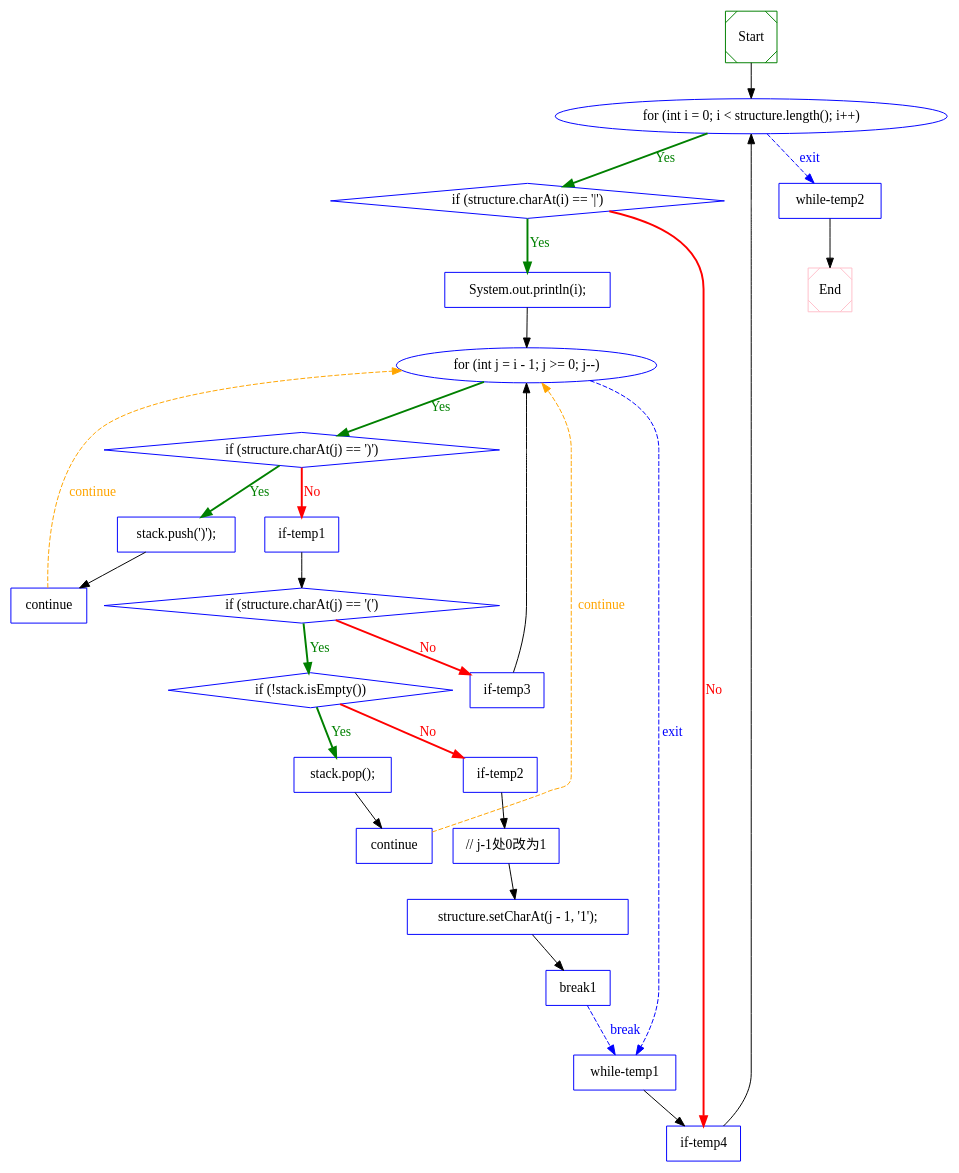
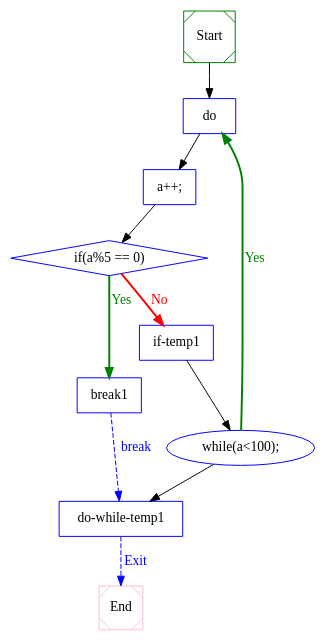
The diagram in out/test.dot (Naplues/Static-Analysis), drawn with Graphviz before and after one commit. The commit also changed 20 other files, not shown here.

Commit message:
添加图片类型 Signed-off-by: naplues <naplues@163.com>

```diff
--- a/out/test.dot
+++ b/out/test.dot
@@ -1,73 +1,30 @@
 digraph CFG {
  1  [shape = Msquare, color = green, label = "Start", ]
- 2  [shape = ellipse, color = blue, label = "for (int i = 0; i < structure.length(); i++)", ]
- 3  [shape = diamond, color = blue, label = "if (structure.charAt(i) == '|')", ]
- 4  [shape = box, color = blue, label = "System.out.println(i);", ]
- 5  [shape = ellipse, color = blue, label = "for (int j = i - 1; j >= 0; j--)", ]
- 6  [shape = diamond, color = blue, label = "if (structure.charAt(j) == ')')", ]
- 7  [shape = box, color = blue, label = "stack.push(')');", ]
- 8  [shape = box, color = blue, label = "continue", ]
- 9  [shape = box, color = blue, label = "if-temp1", ]
- 10  [shape = diamond, color = blue, label = "if (structure.charAt(j) == '(')", ]
- 11  [shape = diamond, color = blue, label = "if (!stack.isEmpty())", ]
- 12  [shape = box, color = blue, label = "stack.pop();", ]
- 13  [shape = box, color = blue, label = "continue", ]
- 14  [shape = box, color = blue, label = "if-temp2", ]
- 15  [shape = box, color = blue, label = "// j-1处0改为1", ]
- 16  [shape = box, color = blue, label = "structure.setCharAt(j - 1, '1');", ]
- 17  [shape = box, color = blue, label = "break1", ]
- 18  [shape = box, color = blue, label = "if-temp3", ]
- 19  [shape = box, color = blue, label = "while-temp1", ]
- 20  [shape = box, color = blue, label = "if-temp4", ]
- 21  [shape = box, color = blue, label = "while-temp2", ]
- 22  [shape = Msquare, color = pink, label = "End", ]
+ 2  [shape = box, color = blue, label = "do", ]
+ 3  [shape = box, color = blue, label = "a++;", ]
+ 4  [shape = diamond, color = blue, label = "if(a%5 == 0)", ]
+ 5  [shape = box, color = blue, label = "break1", ]
+ 6  [shape = box, color = blue, label = "if-temp1", ]
+ 7  [shape = ellipse, color = blue, label = "while(a<100);", ]
+ 8  [shape = box, color = blue, label = "do-while-temp1", ]
+ 9  [shape = Msquare, color = pink, label = "End", ]
  1  ->  2  [style = solid, label="", fillcolor = black, color = black, fontcolor = black]
 
- 2  ->  21  [style = dashed, label="exit", fillcolor = blue, color = blue, fontcolor = blue]
- 2  ->  3  [style = bold, label="Yes", fillcolor = green, color = green, fontcolor = green]
+ 2  ->  3  [style = solid, label="", fillcolor = black, color = black, fontcolor = black]
 
- 3  ->  20  [style = bold, label="No", fillcolor = red, color = red, fontcolor = red]
- 3  ->  4  [style = bold, label="Yes", fillcolor = green, color = green, fontcolor = green]
+ 3  ->  4  [style = solid, label="", fillcolor = black, color = black, fontcolor = black]
 
- 4  ->  5  [style = solid, label="", fillcolor = black, color = black, fontcolor = black]
+ 4  ->  6  [style = bold, label="No", fillcolor = red, color = red, fontcolor = red]
+ 4  ->  5  [style = bold, label="Yes", fillcolor = green, color = green, fontcolor = green]
 
- 5  ->  19  [style = dashed, label="exit", fillcolor = blue, color = blue, fontcolor = blue]
- 5  ->  6  [style = bold, label="Yes", fillcolor = green, color = green, fontcolor = green]
+ 5  ->  8  [style = dashed, label="break", fillcolor = blue, color = blue, fontcolor = blue]
 
- 6  ->  9  [style = bold, label="No", fillcolor = red, color = red, fontcolor = red]
- 6  ->  7  [style = bold, label="Yes", fillcolor = green, color = green, fontcolor = green]
+ 6  ->  7  [style = solid, label="", fillcolor = black, color = black, fontcolor = black]
 
  7  ->  8  [style = solid, label="", fillcolor = black, color = black, fontcolor = black]
+ 7  ->  2  [style = bold, label="Yes", fillcolor = green, color = green, fontcolor = green]
 
- 8  ->  5  [style = dashed, label="continue", fillcolor = orange, color = orange, fontcolor = orange]
-
- 9  ->  10  [style = solid, label="", fillcolor = black, color = black, fontcolor = black]
-
- 10  ->  18  [style = bold, label="No", fillcolor = red, color = red, fontcolor = red]
- 10  ->  11  [style = bold, label="Yes", fillcolor = green, color = green, fontcolor = green]
-
- 11  ->  14  [style = bold, label="No", fillcolor = red, color = red, fontcolor = red]
- 11  ->  12  [style = bold, label="Yes", fillcolor = green, color = green, fontcolor = green]
-
- 12  ->  13  [style = solid, label="", fillcolor = black, color = black, fontcolor = black]
-
- 13  ->  5  [style = dashed, label="continue", fillcolor = orange, color = orange, fontcolor = orange]
-
- 14  ->  15  [style = solid, label="", fillcolor = black, color = black, fontcolor = black]
-
- 15  ->  16  [style = solid, label="", fillcolor = black, color = black, fontcolor = black]
-
- 16  ->  17  [style = solid, label="", fillcolor = black, color = black, fontcolor = black]
-
- 17  ->  19  [style = dashed, label="break", fillcolor = blue, color = blue, fontcolor = blue]
-
- 18  ->  5  [style = solid, label="", fillcolor = black, color = black, fontcolor = black]
-
- 19  ->  20  [style = solid, label="", fillcolor = black, color = black, fontcolor = black]
-
- 20  ->  2  [style = solid, label="", fillcolor = black, color = black, fontcolor = black]
-
- 21  ->  22  [style = solid, label="", fillcolor = black, color = black, fontcolor = black]
+ 8  ->  9  [style = dashed, label="Exit", fillcolor = blue, color = blue, fontcolor = blue]
 
 
 }
```
